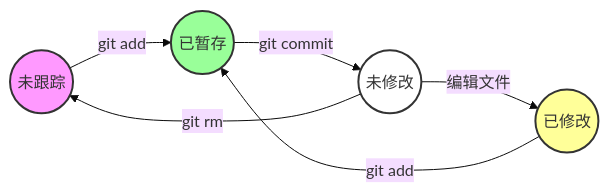
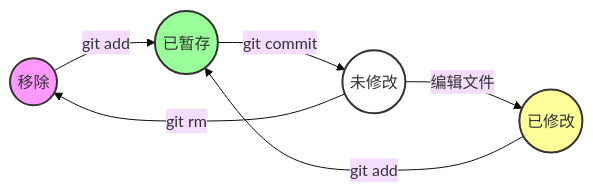
One commit to VrianCao/GitTour changed the diagram in src/content/docs/02-basics/02-recording-changes.md. Above: the diagram before and after it, drawn with Mermaid (base theme). The commit also changed other lines of this file and 6 other files, not shown here.

````diff
--- a/src/content/docs/02-basics/02-recording-changes.md
+++ b/src/content/docs/02-basics/02-recording-changes.md
@@ -22,13 +22,13 @@
 ```mermaid
 graph LR
     Untracked((未跟踪)) -- "git add" --> Staged
     Unmodified((未修改)) -- 编辑文件 --> Modified((已修改))
     Modified -- "git add" --> Staged((已暂存))
     Staged -- "git commit" --> Unmodified
-    Unmodified -- "git rm" --> Untracked
+    Unmodified -- "git rm" --> Untracked((移除))
     
     style Untracked fill:#f9f,stroke:#333,stroke-width:2px
     style Unmodified fill:#fff,stroke:#333,stroke-width:2px
     style Modified fill:#ff9,stroke:#333,stroke-width:2px
     style Staged fill:#9f9,stroke:#333,stroke-width:2px
 ```
````
